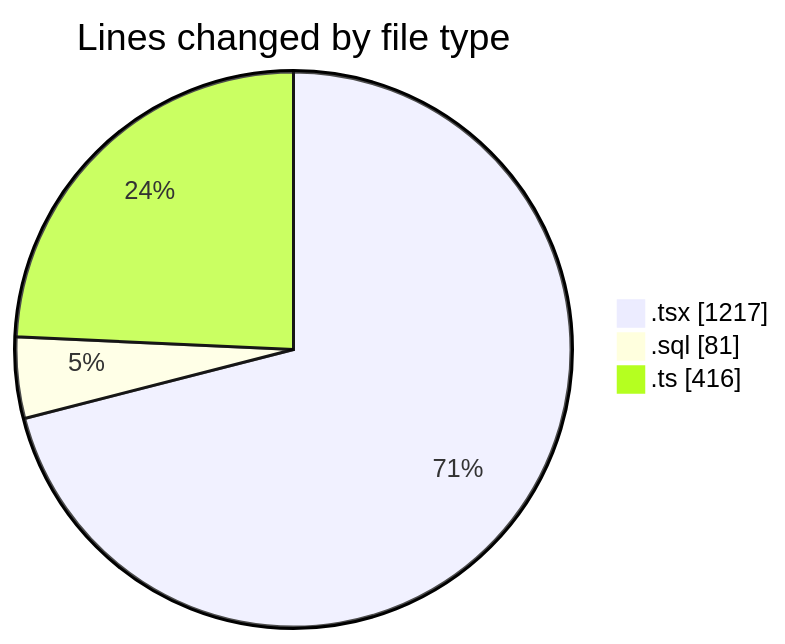
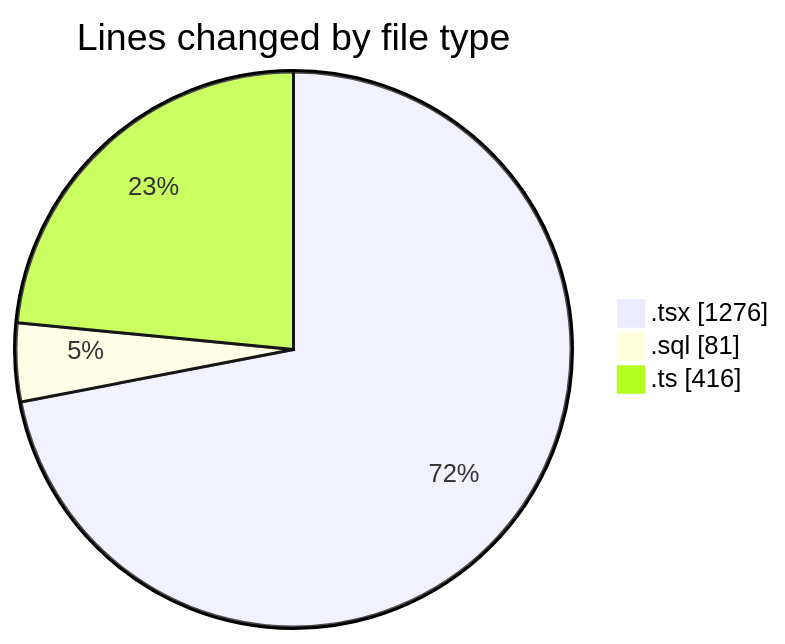
One commit to lephambinh05/code-tracking changed the first of 2 diagrams in 2025-09-09/hiai-phf/README.md. Above: the diagram before and after it, drawn with Mermaid. The commit also changed other lines of this file and 1 other file, not shown here.

````diff
--- a/2025-09-09/hiai-phf/README.md
+++ b/2025-09-09/hiai-phf/README.md
@@ -36,7 +36,7 @@
 ```mermaid
 pie showData
 title Lines changed by file type
-".tsx" : 1217
+".tsx" : 1276
 ".sql" : 81
 ".ts" : 416
 ```
````
